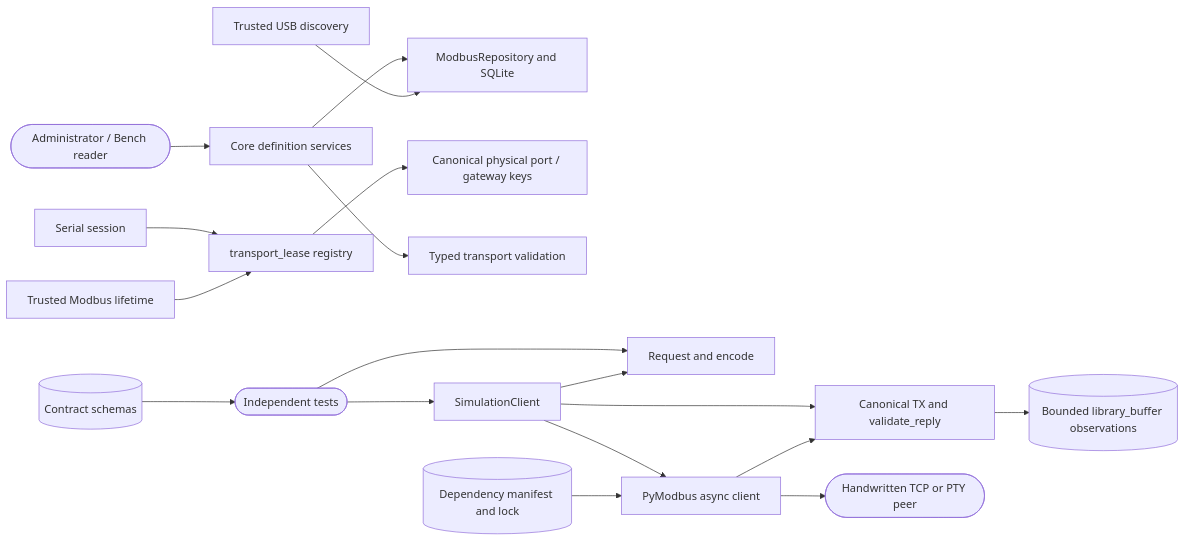
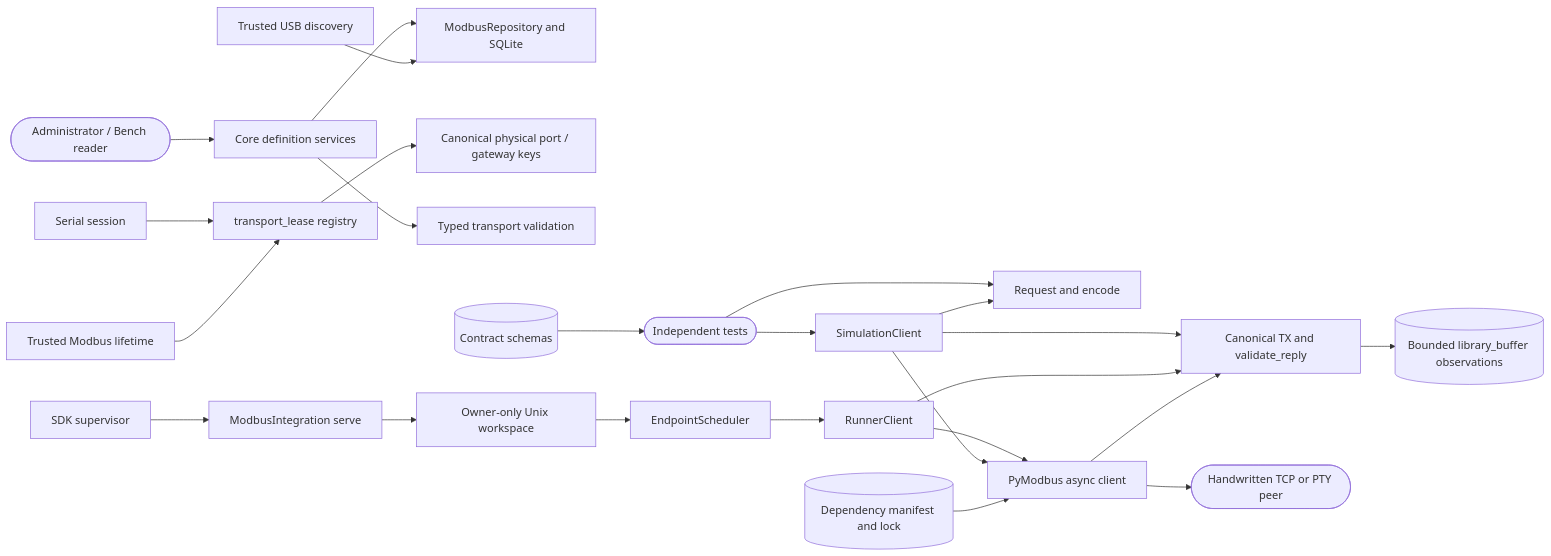
One commit to DDP-Engineering/2026_Networked_Intelligent_Lab_Orchestrator changed the diagram in .agentic/knowledge/modbus-integration.md. Above: the diagram before and after it, drawn with Mermaid. The commit also changed other lines of this file and 38 other files, not shown here.

First line of the commit message:
Add supervised Modbus runner and fair scheduler

````diff
--- a/.agentic/knowledge/modbus-integration.md
+++ b/.agentic/knowledge/modbus-integration.md
@@ -119,20 +142,26 @@
 ```mermaid
 flowchart LR
     admin([Administrator / Bench reader]) --> definitions[Core definition services]
     definitions --> storage[ModbusRepository and SQLite]
     discovery[Trusted USB discovery] --> storage
     serial[Serial session] --> claims[transport_lease registry]
     consumer[Trusted Modbus lifetime] --> claims
     claims --> keys[Canonical physical port / gateway keys]
     definitions --> models[Typed transport validation]
     tests([Independent tests]) --> requests[Request and encode]
     tests --> client[SimulationClient]
     client --> requests
     client --> checks[Canonical TX and validate_reply]
+    sdk[SDK supervisor] --> plugin[ModbusIntegration serve]
+    plugin --> workspace[Owner-only Unix workspace]
+    workspace --> scheduler[EndpointScheduler]
+    scheduler --> runner[RunnerClient]
+    runner --> checks
+    runner --> library
     client --> library[PyModbus async client]
     library --> peer([Handwritten TCP or PTY peer])
     library --> checks
     checks --> trace[(Bounded library_buffer observations)]
     schemas[(Contract schemas)] --> tests
     pins[(Dependency manifest and lock)] --> library
 ```
````
